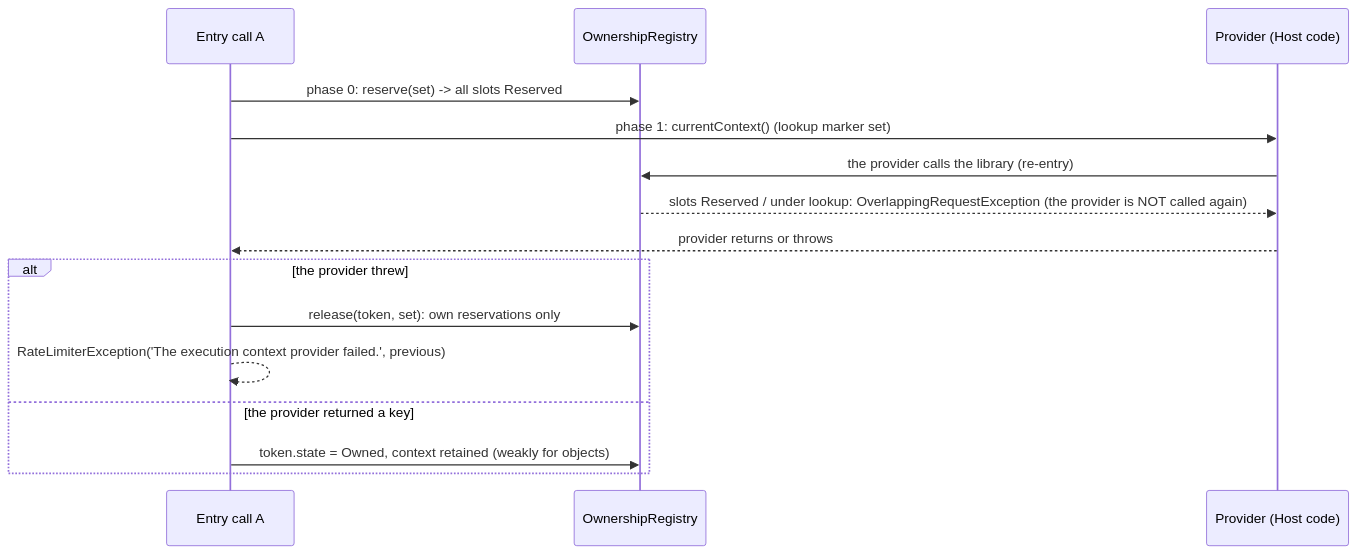
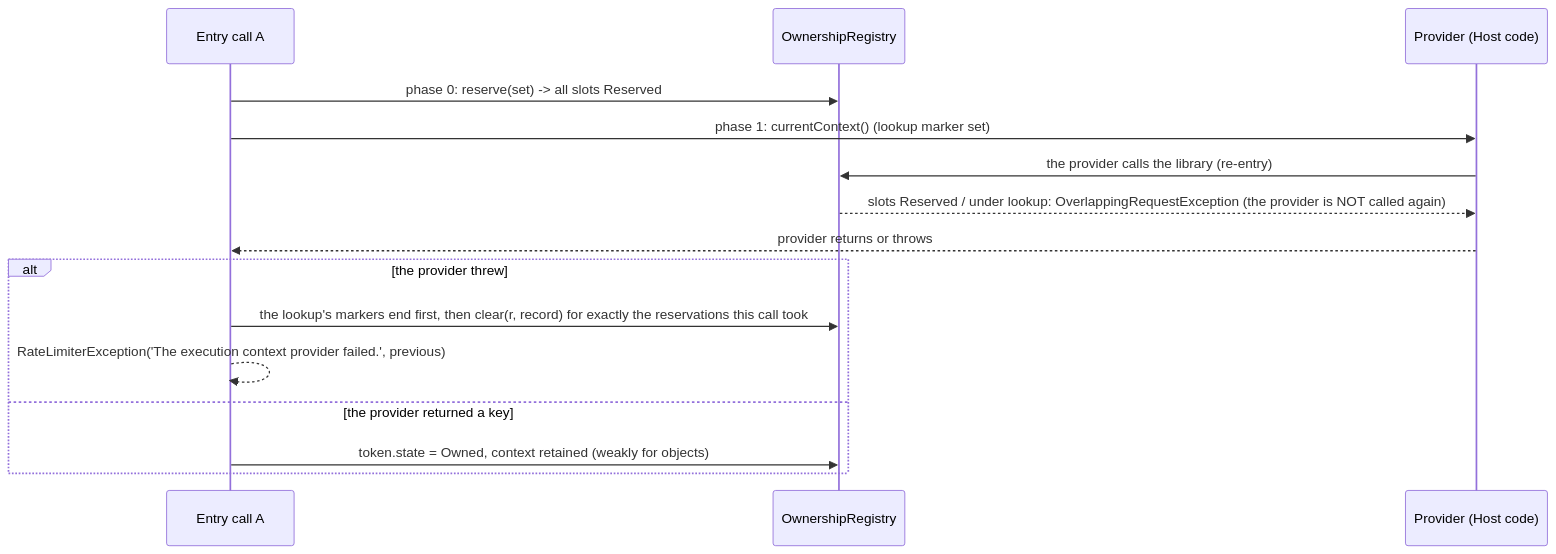
One commit to Maatify/php-rate-limiter changed the ninth of 9 diagrams in investigations/fiber-request-ownership-260/EXCLUSIVITY_DESIGN.md. Above: the diagram before and after it, drawn with Mermaid.

Commit message:
docs(investigation): align the provider-throws sequence diagram with the revision 4 cleanup order (#260)

````diff
--- a/investigations/fiber-request-ownership-260/EXCLUSIVITY_DESIGN.md
+++ b/investigations/fiber-request-ownership-260/EXCLUSIVITY_DESIGN.md
@@ -419,17 +419,17 @@
 ```mermaid
 sequenceDiagram
     participant A as Entry call A
     participant O as OwnershipRegistry
     participant P as Provider (Host code)
     A->>O: phase 0: reserve(set) -> all slots Reserved
     A->>P: phase 1: currentContext() (lookup marker set)
     P->>O: the provider calls the library (re-entry)
     O-->>P: slots Reserved / under lookup: OverlappingRequestException (the provider is NOT called again)
     P-->>A: provider returns or throws
     alt the provider threw
-        A->>O: release(token, set): own reservations only
+        A->>O: the lookup's markers end first, then clear(r, record) for exactly the reservations this call took
         A-->>A: RateLimiterException('The execution context provider failed.', previous)
     else the provider returned a key
         A->>O: token.state = Owned, context retained (weakly for objects)
     end
 ```
````
